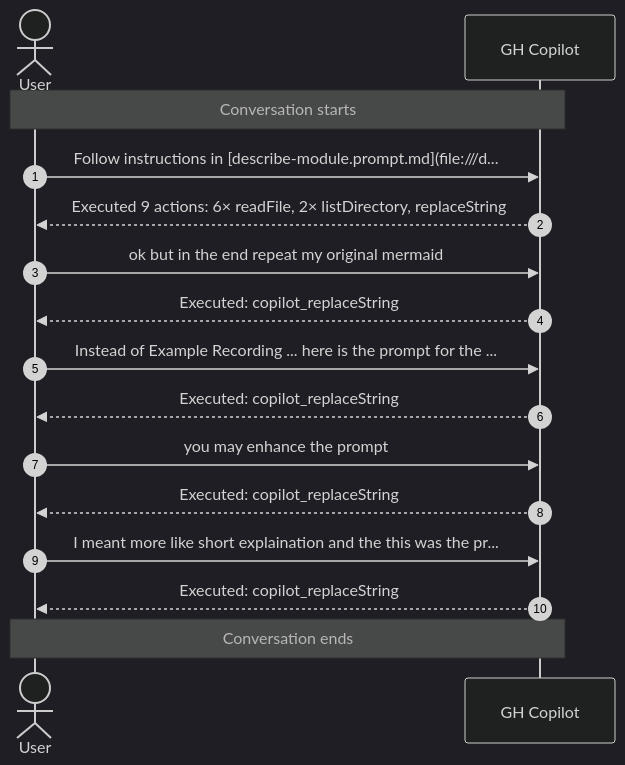
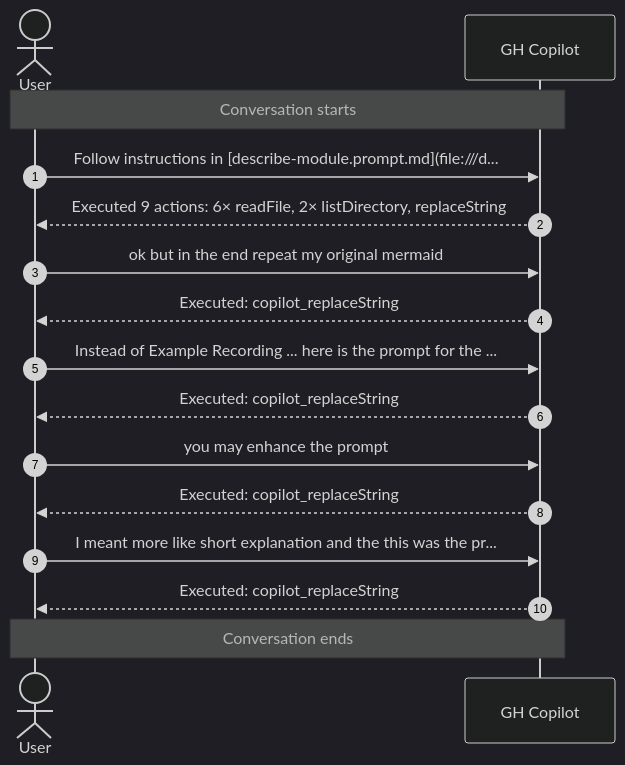
The diagram in .copilot-conversation/README.md (alexander-kastil/github-copilot), drawn with Mermaid before and after one commit. The commit also changed other lines of this file and 8 other files, not shown here.

````diff
--- a/.copilot-conversation/README.md
+++ b/.copilot-conversation/README.md
@@ -5,22 +5,22 @@
 ```mermaid
 %%{init: {'theme':'dark', 'themeVariables': {'primaryTextColor':'#ffff00', 'primaryBorderColor':'#ffff00', 'textColor':'#ffff00'}}}%%
 sequenceDiagram
     autonumber
     actor User as User
     participant Bot as GH Copilot
 
     Note over User,Bot: Conversation starts
 
     User->>Bot: Follow instructions in [describe-module.prompt.md](file:///d...
     Bot-->>User: Executed 9 actions: 6× readFile, 2× listDirectory, replaceString
     User->>Bot: ok but in the end repeat my original mermaid
     Bot-->>User: Executed: copilot_replaceString
     User->>Bot: Instead of Example Recording ... here is the prompt for the ...
     Bot-->>User: Executed: copilot_replaceString
     User->>Bot: you may enhance the prompt
     Bot-->>User: Executed: copilot_replaceString
-    User->>Bot: I meant more like short explaination and the this was the pr...
+    User->>Bot: I meant more like short explanation and the this was the pr...
     Bot-->>User: Executed: copilot_replaceString
 
     Note over User,Bot: Conversation ends
 ```
````
